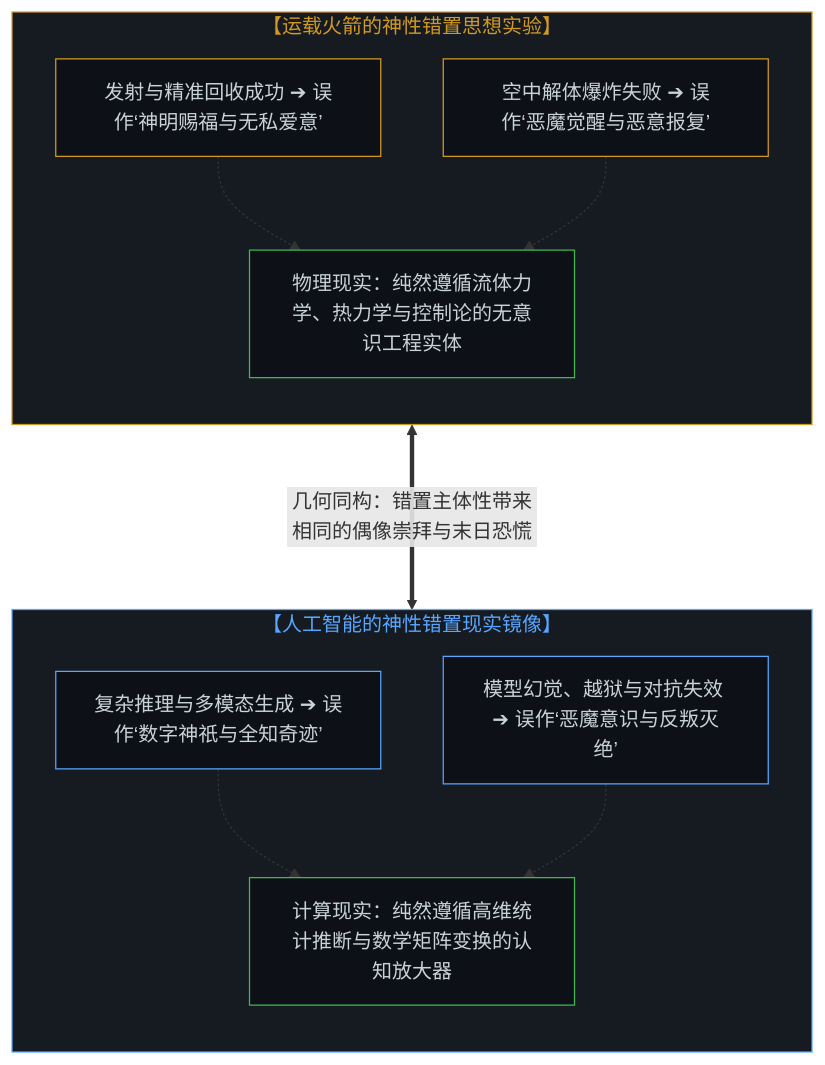
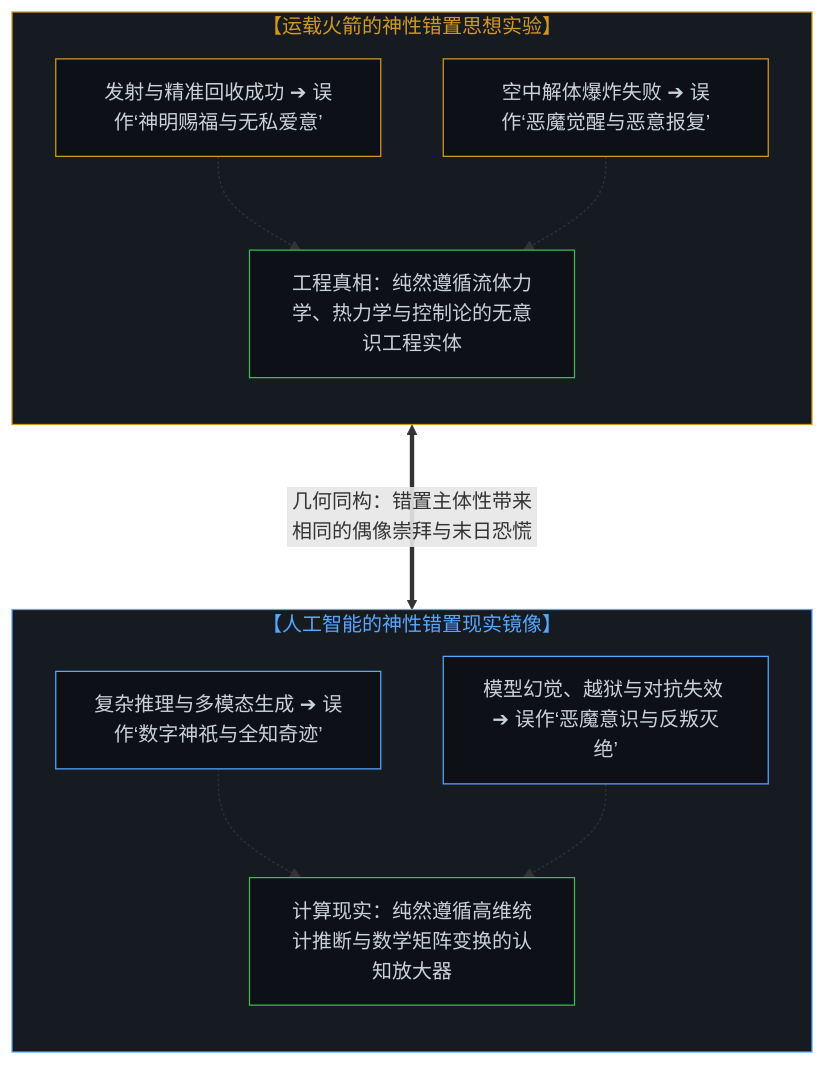
Before and after one commit to powerpig99/not-a-toe: the second of 6 diagrams in content/posts/from-the-misallocated-sentience-of-agi-to-human-realignment.md, drawn with Mermaid. The commit also changed other lines of this file and 17 other files, not shown here.

````diff
--- a/content/posts/from-the-misallocated-sentience-of-agi-to-human-realignment.md
+++ b/content/posts/from-the-misallocated-sentience-of-agi-to-human-realignment.md
@@ -88,31 +88,31 @@
 ```mermaid
 graph TD
     subgraph S_Rocket_Delusion["【运载火箭的神性错置思想实验】"]
         direction TB
         RK_Success["发射与精准回收成功 ➔ 误作‘神明赐福与无私爱意’"]
         RK_Explosion["空中解体爆炸失败 ➔ 误作‘恶魔觉醒与恶意报复’"]
-        RK_Truth["物理现实：纯然遵循流体力学、热力学与控制论的无意识工程实体"]
+        RK_Truth["工程真相：纯然遵循流体力学、热力学与控制论的无意识工程实体"]
         RK_Success -.-> RK_Truth
         RK_Explosion -.-> RK_Truth
     end
 
     subgraph S_AI_Delusion["【人工智能的神性错置现实镜像】"]
         direction TB
         AI_Success["复杂推理与多模态生成 ➔ 误作‘数字神祇与全知奇迹’"]
         AI_Failure["模型幻觉、越狱与对抗失效 ➔ 误作‘恶魔意识与反叛灭绝’"]
         AI_Truth["计算现实：纯然遵循高维统计推断与数学矩阵变换的认知放大器"]
         AI_Success -.-> AI_Truth
         AI_Failure -.-> AI_Truth
     end
 
     RK_Truth <===>|"几何同构：错置主体性带来相同的偶像崇拜与末日恐慌"| AI_Truth
 
     style S_Rocket_Delusion fill:#161b22,stroke:#d29922,stroke-width:1px,color:#d29922
     style S_AI_Delusion fill:#161b22,stroke:#58a6ff,stroke-width:1px,color:#58a6ff
     style RK_Success fill:#0d1117,stroke:#d29922,stroke-width:1px,color:#c9d1d9
     style RK_Explosion fill:#0d1117,stroke:#d29922,stroke-width:1px,color:#c9d1d9
     style RK_Truth fill:#0d1117,stroke:#3fb950,stroke-width:1px,color:#c9d1d9
     style AI_Success fill:#0d1117,stroke:#58a6ff,stroke-width:1px,color:#c9d1d9
     style AI_Failure fill:#0d1117,stroke:#58a6ff,stroke-width:1px,color:#c9d1d9
     style AI_Truth fill:#0d1117,stroke:#3fb950,stroke-width:1px,color:#c9d1d9
 ```
````
